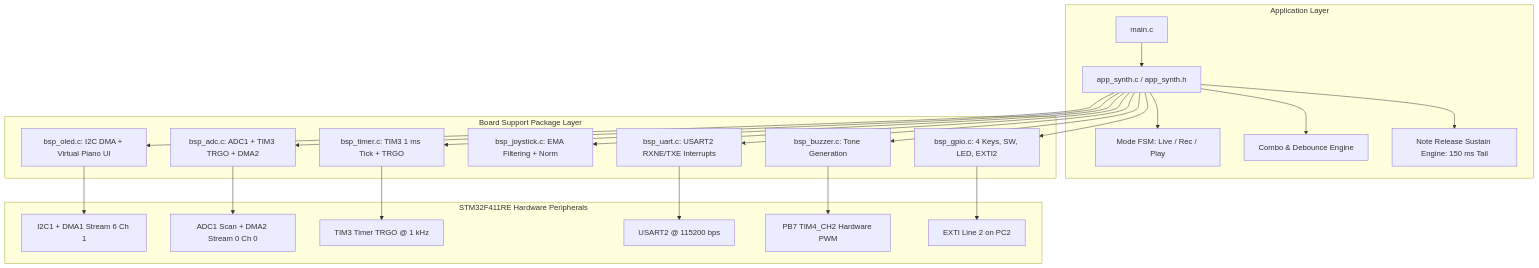
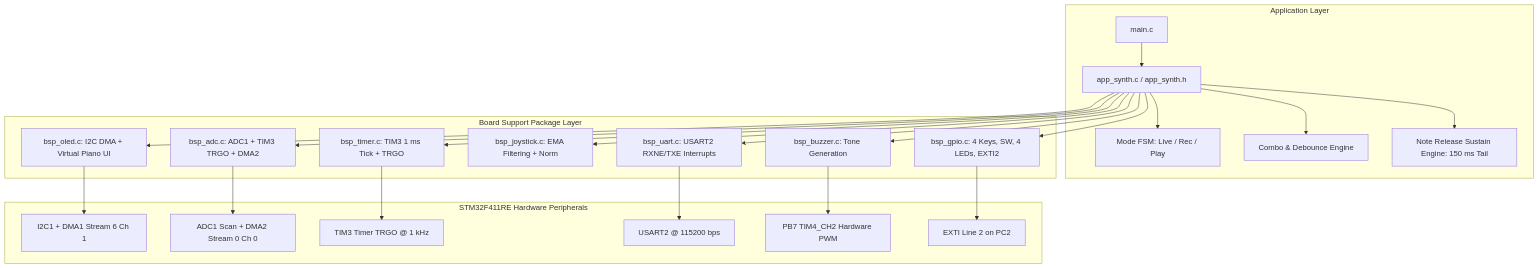
One commit to peerapas-sr/STM32f411-synthesizer changed the diagram in PROJECT_STRUCTURE.md. Above: the diagram before and after it, drawn with Mermaid. The commit also changed other lines of this file and 7 other files, not shown here.

````diff
--- a/PROJECT_STRUCTURE.md
+++ b/PROJECT_STRUCTURE.md
@@ -16,28 +16,28 @@
 ```mermaid
 graph TD
     subgraph APP [Application Layer]
         Main[main.c] --> AppSynth[app_synth.c / app_synth.h]
         AppSynth --> SequencerFSM[Mode FSM: Live / Rec / Play]
         AppSynth --> KeyCombos[Combo & Debounce Engine]
         AppSynth --> SustainEngine[Note Release Sustain Engine: 150 ms Tail]
     end
 
     subgraph BSP [Board Support Package Layer]
         AppSynth --> BSP_OLED[bsp_oled.c: I2C DMA + Virtual Piano UI]
         AppSynth --> BSP_ADC[bsp_adc.c: ADC1 + TIM3 TRGO + DMA2]
         AppSynth --> BSP_BUZZER[bsp_buzzer.c: Tone Generation]
         AppSynth --> BSP_JOY[bsp_joystick.c: EMA Filtering + Norm]
         AppSynth --> BSP_UART[bsp_uart.c: USART2 RXNE/TXE Interrupts]
-        AppSynth --> BSP_GPIO[bsp_gpio.c: 4 Keys, SW, LED, EXTI2]
+        AppSynth --> BSP_GPIO[bsp_gpio.c: 4 Keys, SW, 4 LEDs, EXTI2]
         AppSynth --> BSP_TIMER[bsp_timer.c: TIM3 1 ms Tick + TRGO]
     end
 
     subgraph HW [STM32F411RE Hardware Peripherals]
         BSP_OLED --> I2C1_DMA1[I2C1 + DMA1 Stream 6 Ch 1]
         BSP_ADC --> ADC1_DMA2[ADC1 Scan + DMA2 Stream 0 Ch 0]
         BSP_TIMER --> TIM3[TIM3 Timer TRGO @ 1 kHz]
         BSP_UART --> USART2[USART2 @ 115200 bps]
         BSP_BUZZER --> TIM4_CH2[PB7 TIM4_CH2 Hardware PWM]
         BSP_GPIO --> EXTI2[EXTI Line 2 on PC2]
     end
 ```
````
